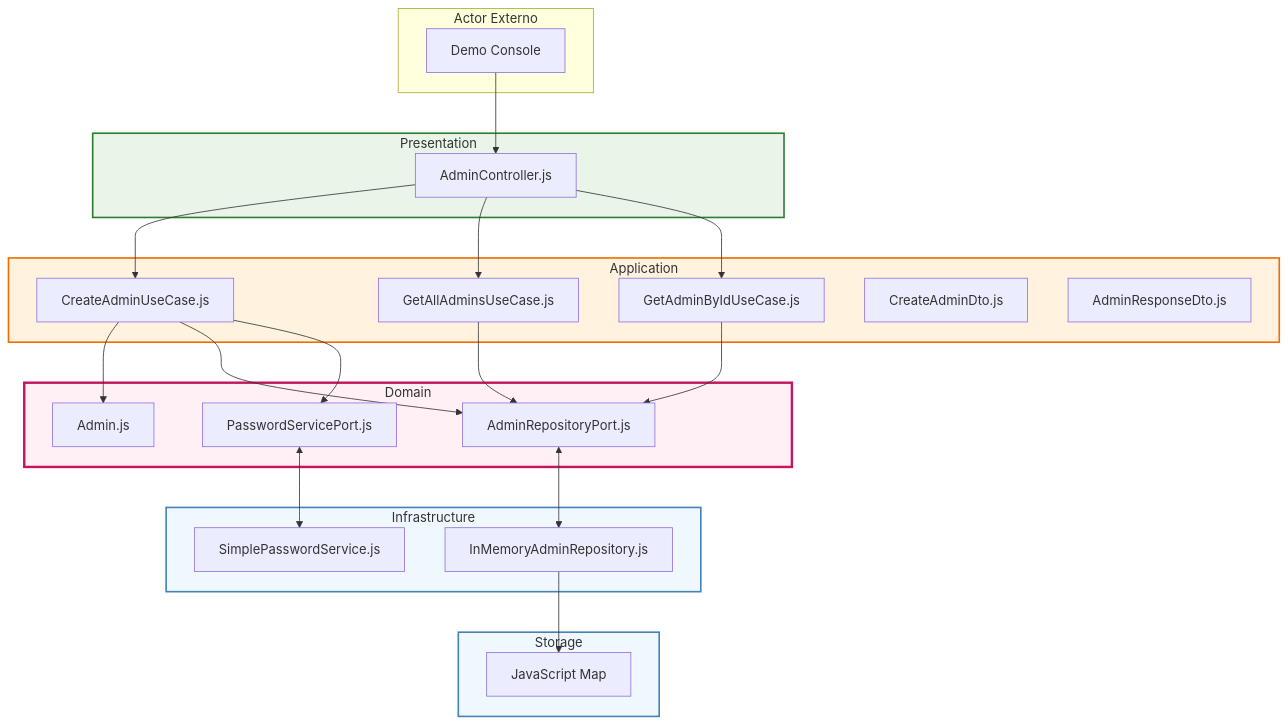
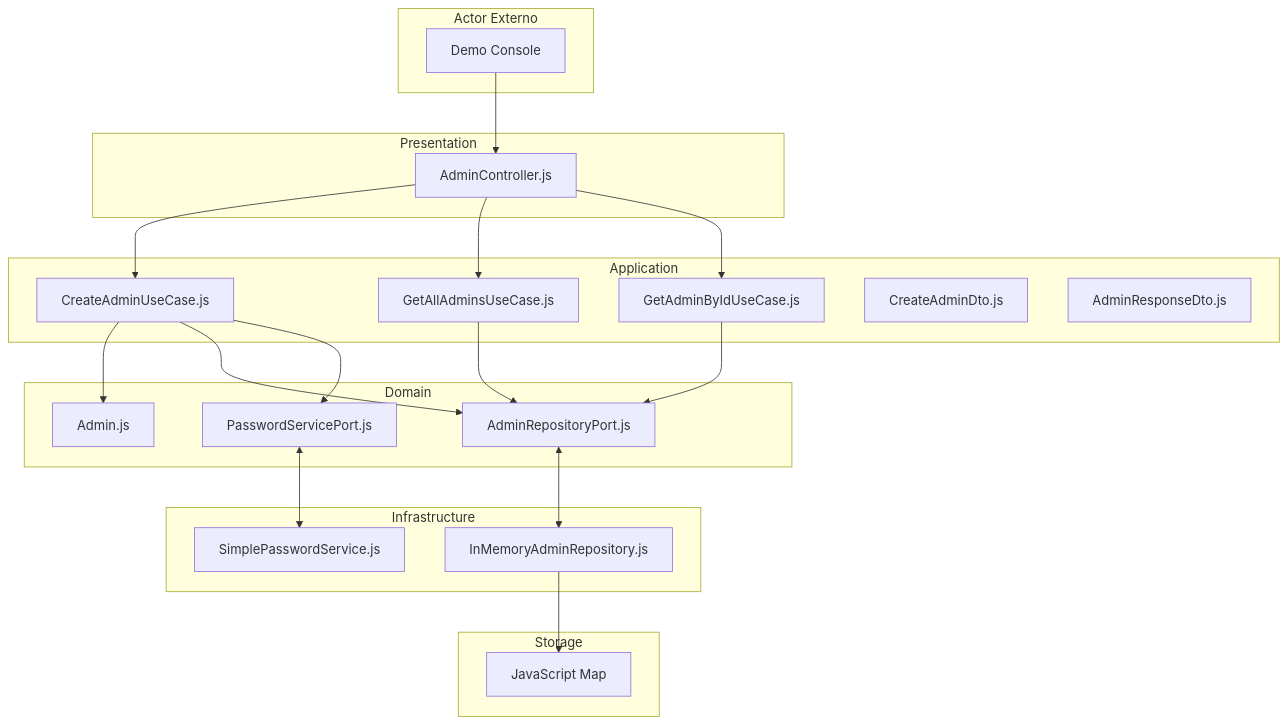
The diagram in ejercicios/semana2/ejemplos/diagrams/architecture_hexagonal_example.md (CristobalSg/TADS_II_G2), drawn with Mermaid before and after one commit.

Commit message:
Remove style definitions from architecture diagram
Removed style definitions for diagram classes.

````diff
--- a/ejercicios/semana2/ejemplos/diagrams/architecture_hexagonal_example.md
+++ b/ejercicios/semana2/ejemplos/diagrams/architecture_hexagonal_example.md
@@ -5,69 +5,63 @@
 ```mermaid
 flowchart TB
   %% Actor Externo
   subgraph EXTERNAL[Actor Externo]
     Console[Demo Console]
   end
 
   %% Presentation Layer
   subgraph PRESENTATION[Presentation]
     AdminController[AdminController.js]
   end
 
   %% Application Layer  
   subgraph APPLICATION[Application]
     CreateAdminUC[CreateAdminUseCase.js]
     GetAllAdminsUC[GetAllAdminsUseCase.js]
     GetAdminByIdUC[GetAdminByIdUseCase.js]
     
     CreateAdminDto[CreateAdminDto.js]
     AdminResponseDto[AdminResponseDto.js]
   end
 
   %% Domain Core
   subgraph DOMAIN[Domain]
     AdminEntity[Admin.js]
     AdminRepositoryPort[AdminRepositoryPort.js]
     PasswordServicePort[PasswordServicePort.js]
   end
 
   %% Infrastructure
   subgraph INFRASTRUCTURE[Infrastructure]
     InMemoryRepo[InMemoryAdminRepository.js]
     PasswordService[SimplePasswordService.js]
   end
 
   %% Storage
   subgraph STORAGE[Storage]
     MemoryMap[JavaScript Map]
   end
 
   %% Connections
   Console --> AdminController
   AdminController --> CreateAdminUC
   AdminController --> GetAllAdminsUC  
   AdminController --> GetAdminByIdUC
   
   CreateAdminUC --> AdminEntity
   CreateAdminUC --> AdminRepositoryPort
   CreateAdminUC --> PasswordServicePort
   
   GetAllAdminsUC --> AdminRepositoryPort
   GetAdminByIdUC --> AdminRepositoryPort
   
   AdminRepositoryPort <--> InMemoryRepo
   PasswordServicePort <--> PasswordService
   
   InMemoryRepo --> MemoryMap
 
-  %% Styles
-  classDef presentation fill:#e8f5e8,stroke:#2e7d2e,stroke-width:2px
-  classDef application fill:#fff3e0,stroke:#ef6c00,stroke-width:2px
-  classDef domain fill:#fff0f5,stroke:#c2185b,stroke-width:3px
-  classDef infrastructure fill:#f0f8ff,stroke:#4682b4,stroke-width:2px
-  
   class PRESENTATION presentation
   class APPLICATION application
   class DOMAIN domain
   class INFRASTRUCTURE,STORAGE infrastructure
 ```
````
